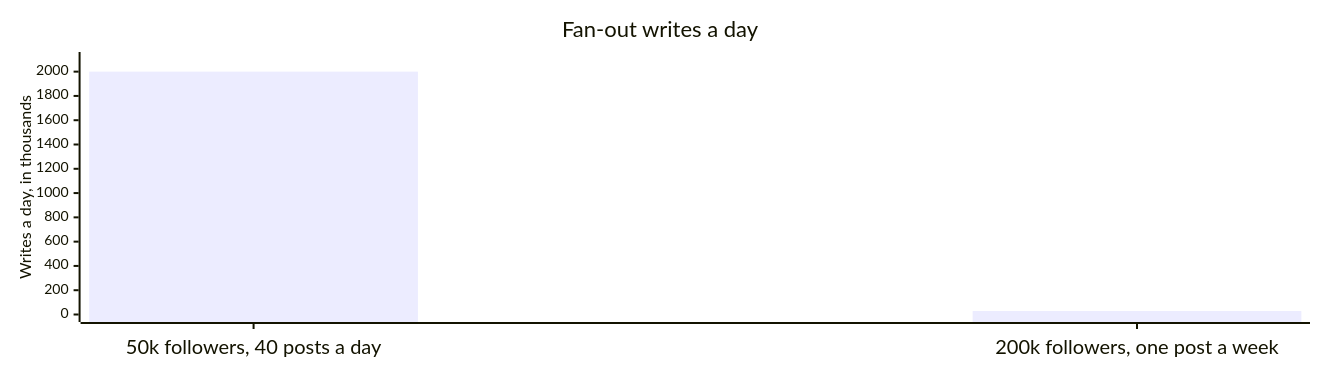
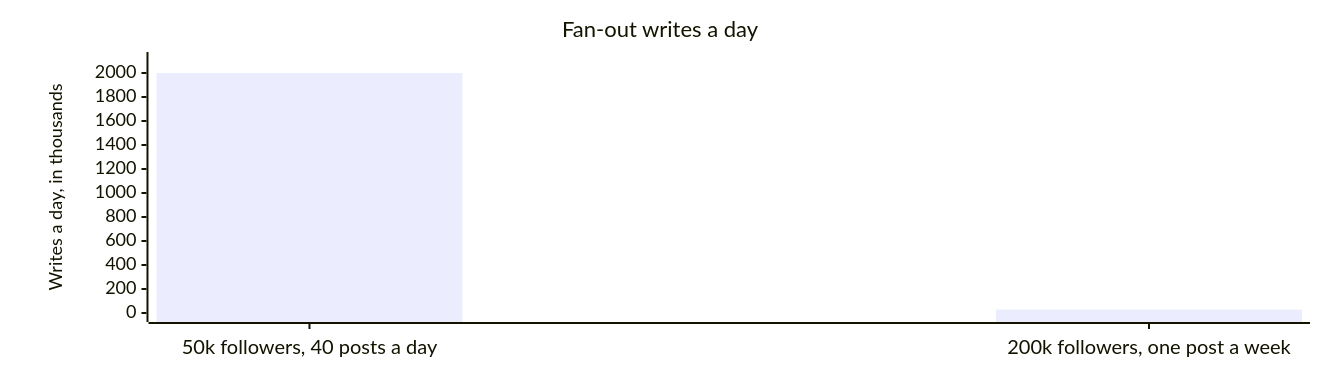
One commit to Laticent/lattice changed diagram 27 of 32 in examples/system-design-foundations.md. Above: the diagram before and after it, drawn with Mermaid. The commit also changed 1 other file, not shown here.

Commit message:
deck(examples): stop the chart's axis title from sitting on its own tick labels
The y-axis title overlapped the 1400 and 1600 tick labels in both light and
dark. I had checked this at a 1280px viewport, where it looked clear, and
called it fixed; at the shipped render it is not, which is what rasterizing
the PDF shows and a browser viewport does not.

Mermaid places the xychart y-axis title at a fixed offset that assumes shorter
labels. `titlePadding: 34` gives it the room, and with the room there the axis
can carry 18px type again instead of the default it was dropped to when the
overlap first appeared.

Dark mode is now measured rather than sampled: all 32 drawings, node label
against node fill and edge label against its own background. Every flowchart
sits at 6.49:1 and every edge label at 17.16:1, against a 4.5:1 floor, and the
chart's text is 17.16:1 on the dark canvas. Nothing failed.

Claude-Session: https://claude.ai/code/session_01M9tApb2mXV2dB7VmCumHyZ

````diff
--- a/examples/system-design-foundations.md
+++ b/examples/system-design-foundations.md
@@ -2802,8 +2802,8 @@
 ```mermaid
-%%{init: {"xyChart": {"width": 1300, "height": 350, "titleFontSize": 22, "xAxis": {"labelFontSize": 20, "titleFontSize": 20}}}}%%
+%%{init: {"xyChart": {"width": 1300, "height": 350, "titleFontSize": 22, "xAxis": {"labelFontSize": 20, "titleFontSize": 20}, "yAxis": {"labelFontSize": 18, "titleFontSize": 18, "titlePadding": 34}}}}%%
 xychart-beta
   title "Fan-out writes a day"
   x-axis ["50k followers, 40 posts a day", "200k followers, one post a week"]
   y-axis "Writes a day, in thousands" 0 --> 2100
   bar [2000, 28.6]
 ```
````
